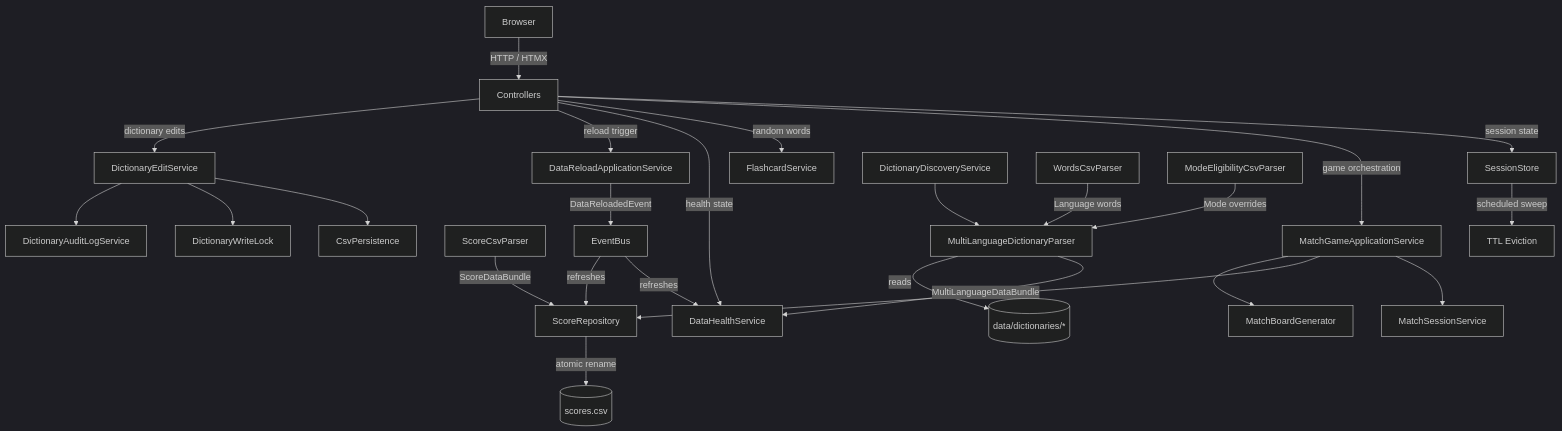
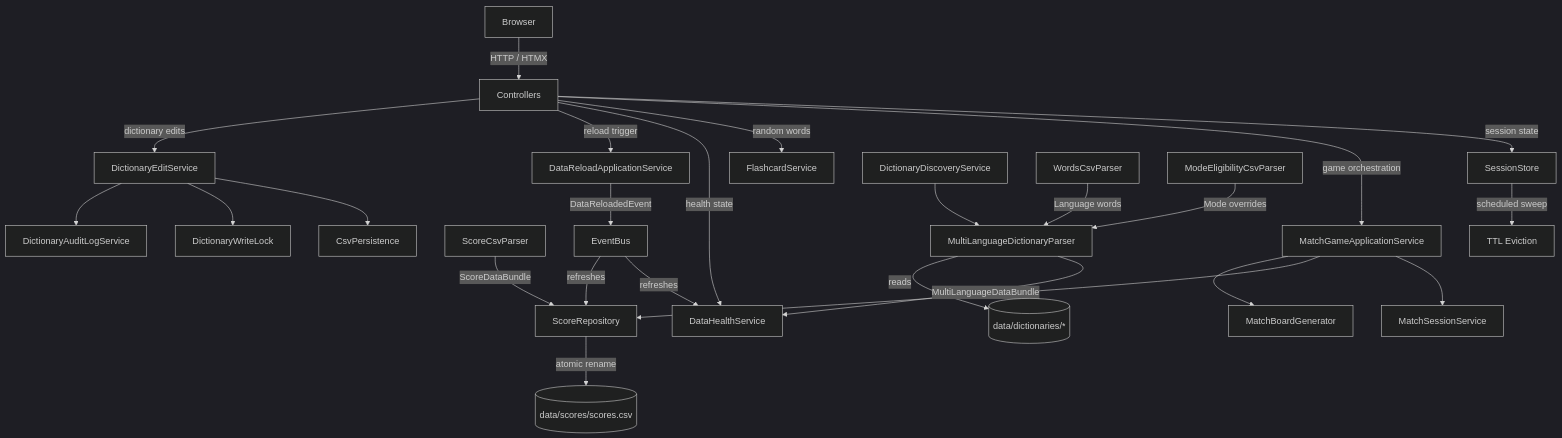
One commit to yodaWife/easy-language-learning changed the first of 2 diagrams in docs/developer-guide.md. Above: the diagram before and after it, drawn with Mermaid (dark theme). The commit also changed other lines of this file and 19 other files, not shown here.

````diff
--- a/docs/developer-guide.md
+++ b/docs/developer-guide.md
@@ -25,35 +25,35 @@
 ```mermaid
 graph TD
     Browser -->|HTTP / HTMX| Controllers
 
     Controllers -->|session state| SessionStore
     Controllers -->|game orchestration| MatchGameApplicationService
     Controllers -->|random words| FlashcardService
     Controllers -->|health state| DataHealthService
     Controllers -->|reload trigger| DataReloadApplicationService
     Controllers -->|dictionary edits| DictionaryEditService
 
     MatchGameApplicationService --> MatchSessionService
     MatchGameApplicationService --> ScoreRepository
     MatchGameApplicationService --> MatchBoardGenerator
 
     DataReloadApplicationService -->|DataReloadedEvent| EventBus
 
     EventBus -->|refreshes| DataHealthService
     EventBus -->|refreshes| ScoreRepository
 
     MultiLanguageDictionaryParser -->|MultiLanguageDataBundle| DataHealthService
     DictionaryDiscoveryService --> MultiLanguageDictionaryParser
     WordsCsvParser -->|Language words| MultiLanguageDictionaryParser
     ModeEligibilityCsvParser -->|Mode overrides| MultiLanguageDictionaryParser
     ScoreCsvParser -->|ScoreDataBundle| ScoreRepository
 
     DictionaryEditService --> CsvPersistence
     DictionaryEditService --> DictionaryWriteLock
     DictionaryEditService --> DictionaryAuditLogService
 
-    ScoreRepository -->|atomic rename| ScoreCSV[(scores.csv)]
+    ScoreRepository -->|atomic rename| ScoreCSV[(data/scores/scores.csv)]
     MultiLanguageDictionaryParser -->|reads| DictFiles[(data/dictionaries/*)]
 
     SessionStore -->|scheduled sweep| TTLEviction[TTL Eviction]
 ```
````
